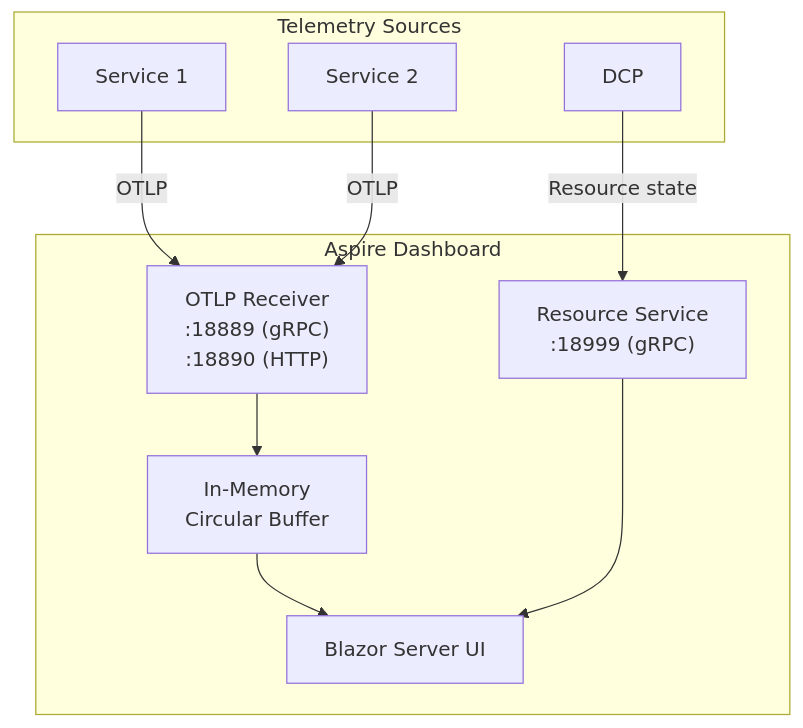
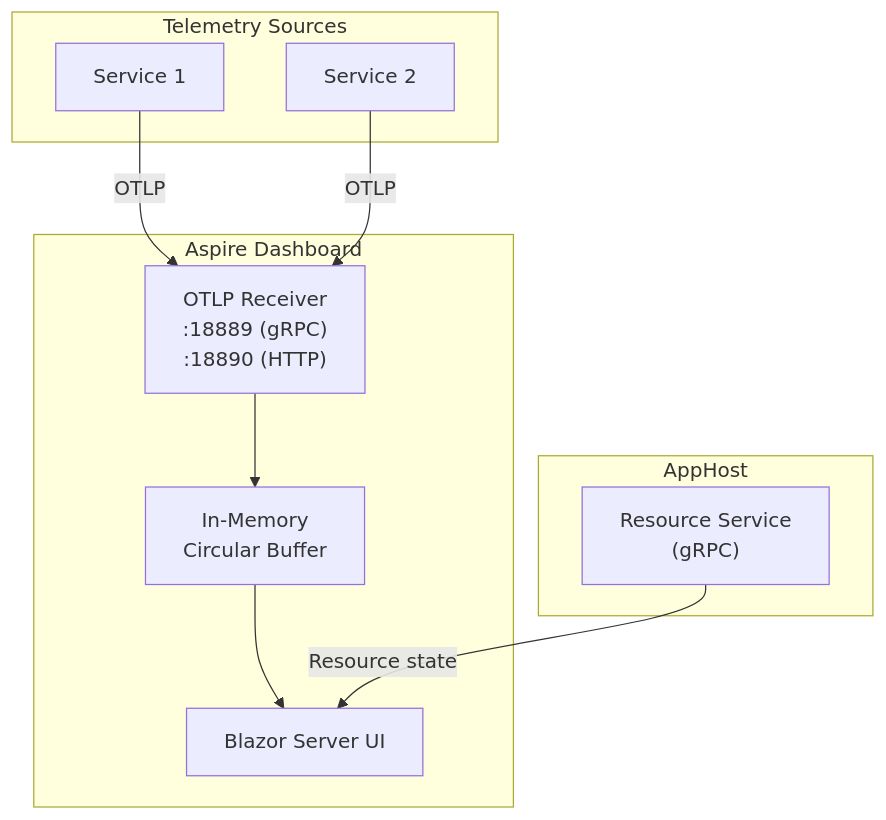
One commit to yoichiozaki/yoichiozaki.github.io changed diagram 11 of 18 in content/blog/en/dotnet-aspire.mdx. Above: the diagram before and after it, drawn with Mermaid. The commit also changed other lines of this file and 116 other files, not shown here.

````diff
--- a/content/blog/en/dotnet-aspire.mdx
+++ b/content/blog/en/dotnet-aspire.mdx
@@ -691,22 +694,23 @@
 ```mermaid
 graph TD
     subgraph Dashboard["Aspire Dashboard"]
         UI["Blazor Server UI"]
         OTLPReceiver["OTLP Receiver<br/>:18889 (gRPC)<br/>:18890 (HTTP)"]
-        ResourceServer["Resource Service<br/>:18999 (gRPC)"]
         Storage["In-Memory<br/>Circular Buffer"]
     end
 
     subgraph Sources["Telemetry Sources"]
         App1["Service 1"]
         App2["Service 2"]
-        DCP["DCP"]
+    end
+
+    subgraph AppHostProc["AppHost"]
+        ResourceServer["Resource Service<br/>(gRPC)"]
     end
 
     App1 -->|OTLP| OTLPReceiver
     App2 -->|OTLP| OTLPReceiver
-    DCP -->|Resource state| ResourceServer
     OTLPReceiver --> Storage
     Storage --> UI
-    ResourceServer --> UI
+    ResourceServer -->|Resource state| UI
 ```
````
